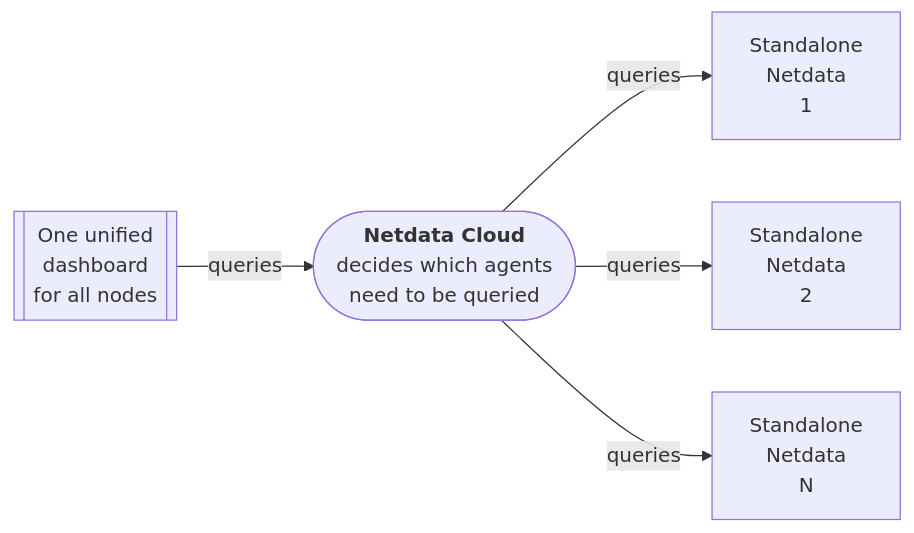
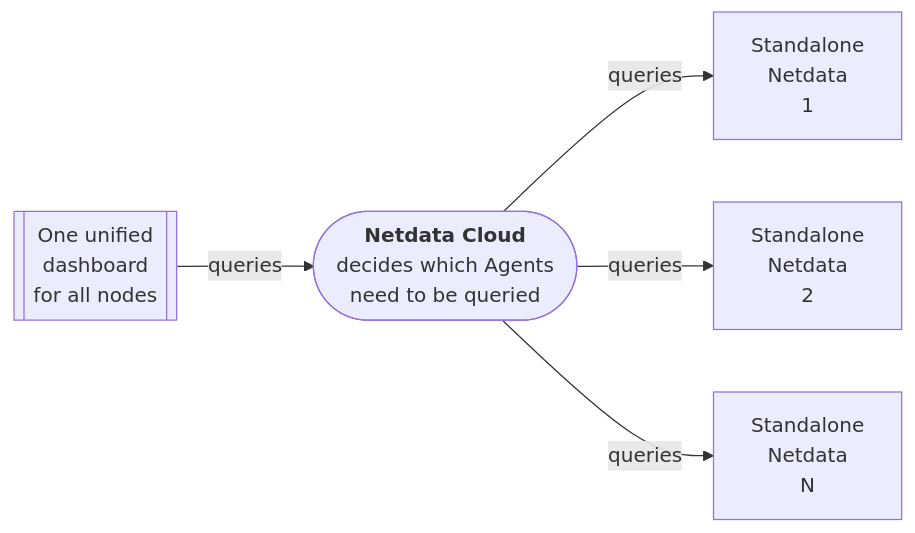
One commit to netdata/learn changed the third of 4 diagrams in docs/deployment-guides/standalone-deployment.mdx. Above: the diagram before and after it, drawn with Mermaid. The commit also changed other lines of this file and 11 other files, not shown here.

````diff
--- a/docs/deployment-guides/standalone-deployment.mdx
+++ b/docs/deployment-guides/standalone-deployment.mdx
@@ -91,20 +91,20 @@
 ```mermaid
 flowchart LR
     WEB[["One unified
         dashboard
         for all nodes"]]
     NC(["<b>Netdata Cloud</b>
-        decides which agents
+        decides which Agents
         need to be queried"])
     S1["Standalone
         Netdata
          1"]
     S2["Standalone
         Netdata
          2"]
     SN["Standalone
         Netdata
          N"]
     WEB -->|queries| NC
     NC -->|queries| S1 & S2 & SN
 ```
````
